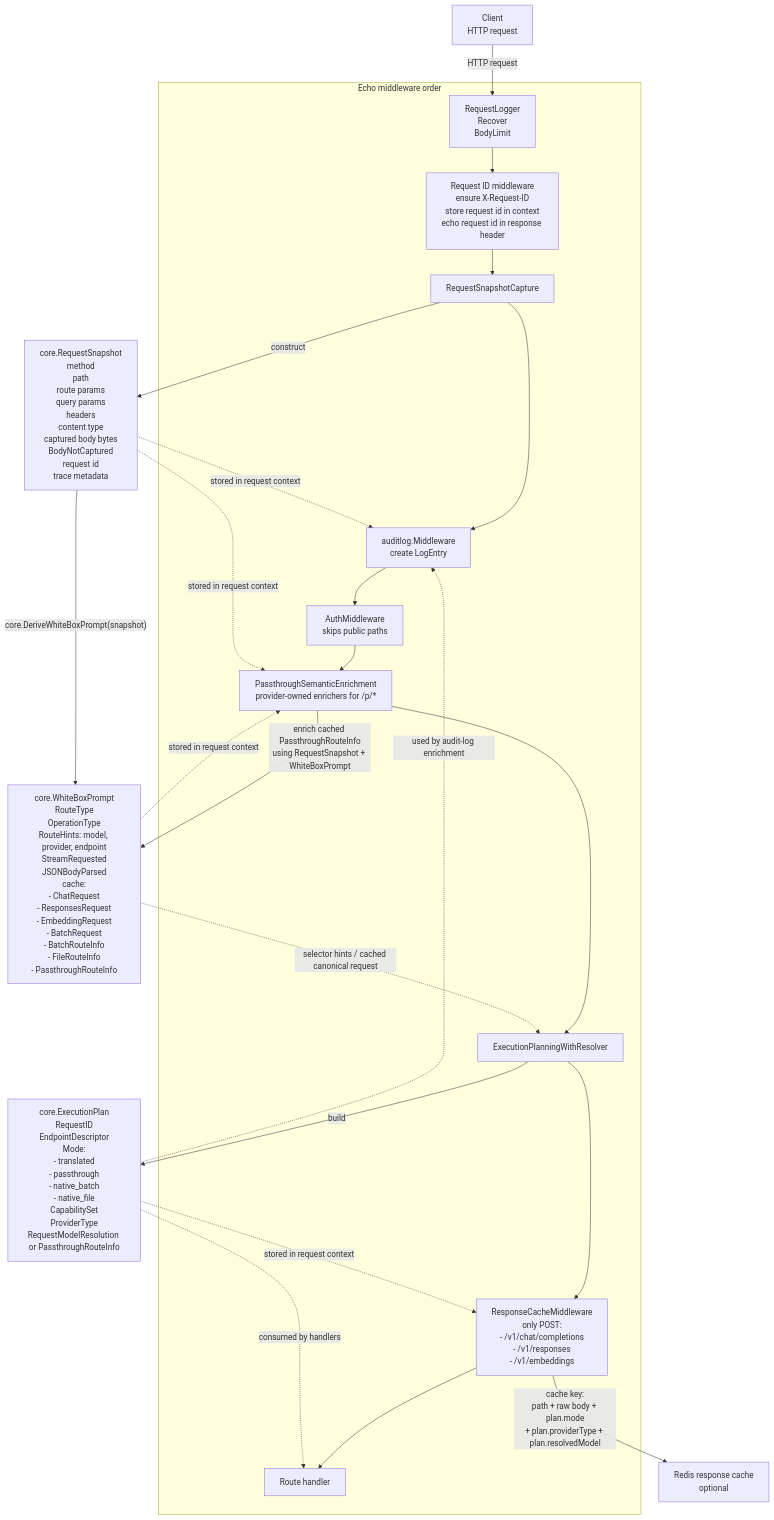
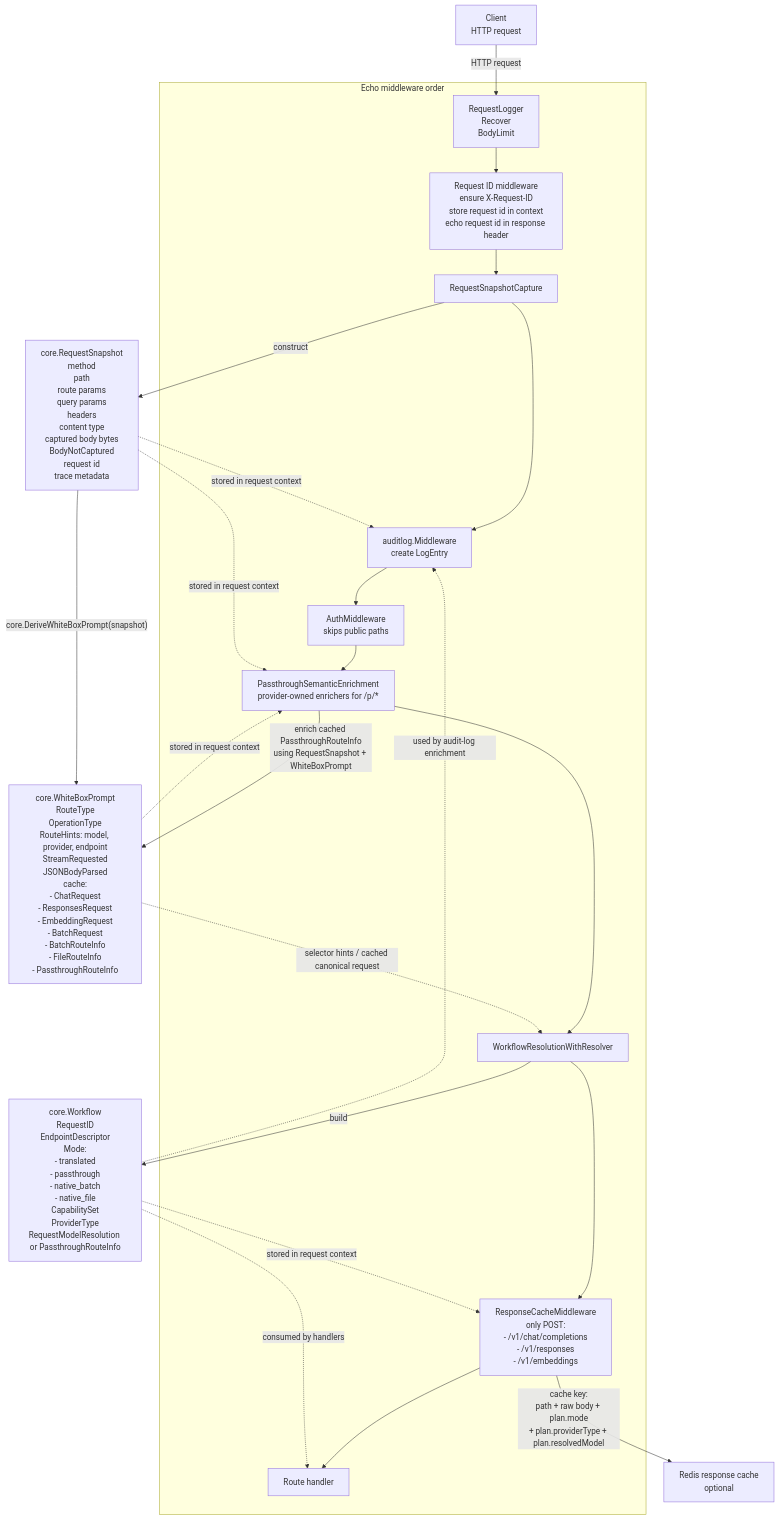
One commit to ENTERPILOT/GOModel changed the second of 3 diagrams in 2026-03-16_ARCHITECTURE_SNAPSHOT.md. Above: the diagram before and after it, drawn with Mermaid. The commit also changed other lines of this file and 122 other files, not shown here.

```diff
--- a/2026-03-16_ARCHITECTURE_SNAPSHOT.md
+++ b/2026-03-16_ARCHITECTURE_SNAPSHOT.md
@@ -205,7 +205,7 @@
         M5["PassthroughSemanticEnrichment
 provider-owned enrichers for /p/*"]
 
-        M6["ExecutionPlanningWithResolver"]
+        M6["WorkflowResolutionWithResolver"]
 
         M7["ResponseCacheMiddleware
 only POST:
@@ -253,7 +253,7 @@
     M5 -->|"enrich cached PassthroughRouteInfo
 using RequestSnapshot + WhiteBoxPrompt"| WBP
 
-    M6 -->|"build"| Plan["core.ExecutionPlan
+    M6 -->|"build"| Plan["core.Workflow
 RequestID
 EndpointDescriptor
 Mode:
```
